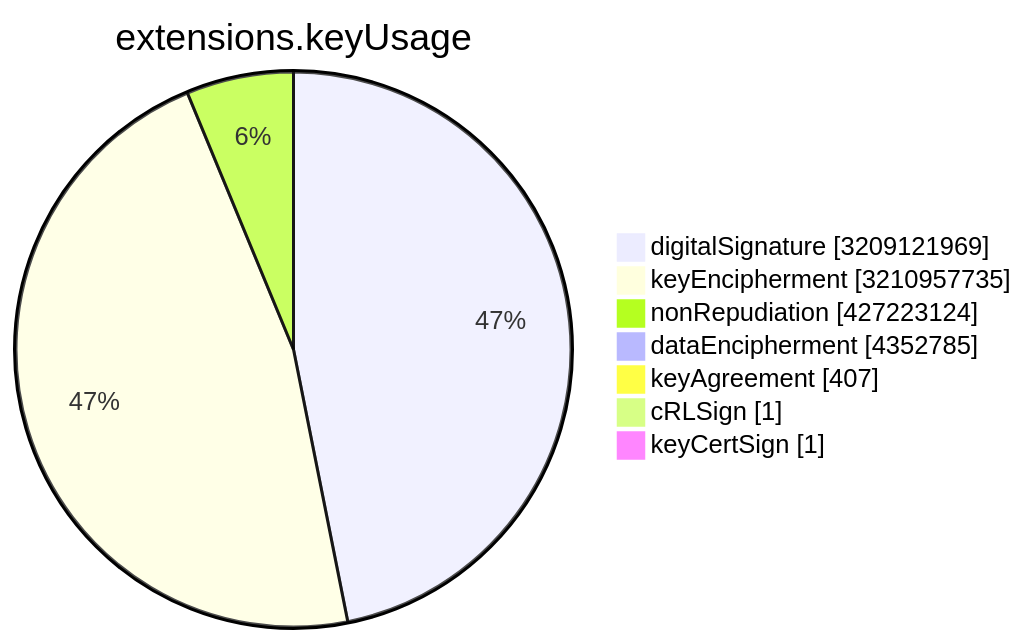
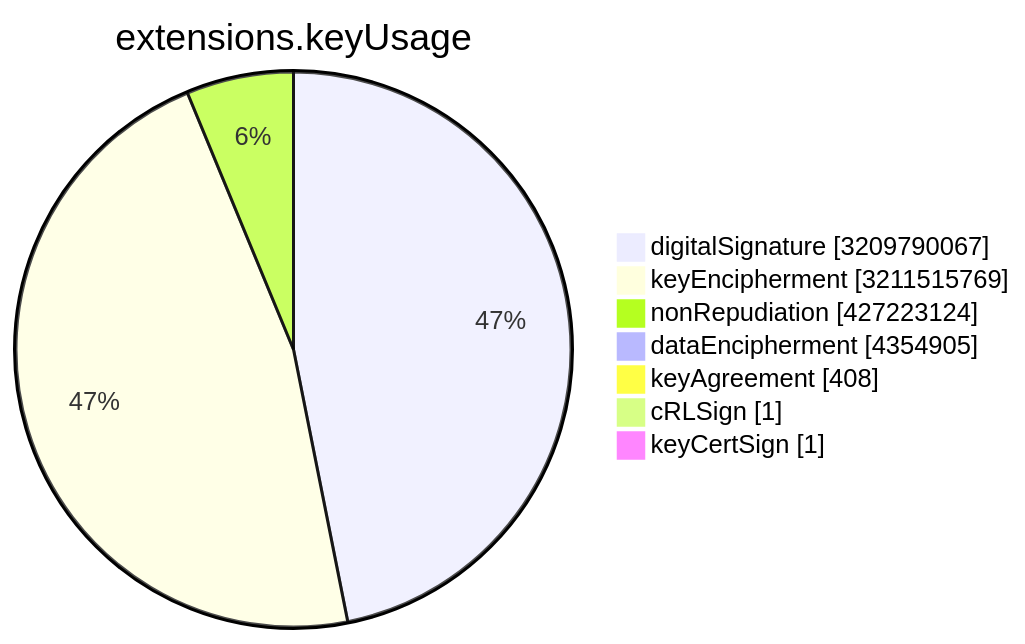
The sixth of 15 diagrams in TOTAL/README.md (christiankrug/ctmonitor_visualization), drawn with Mermaid before and after one commit. The commit also changed other lines of this file, not shown here.

````diff
--- a/TOTAL/README.md
+++ b/TOTAL/README.md
@@ -3077,11 +3077,11 @@
 ```mermaid
 pie showData
 title extensions.keyUsage
-"digitalSignature" :3209121969
-"keyEncipherment" :3210957735
+"digitalSignature" :3209790067
+"keyEncipherment" :3211515769
 "nonRepudiation" :427223124
-"dataEncipherment" :4352785
-"keyAgreement" :407
+"dataEncipherment" :4354905
+"keyAgreement" :408
 "cRLSign" :1
 "keyCertSign" :1
 ```
````
